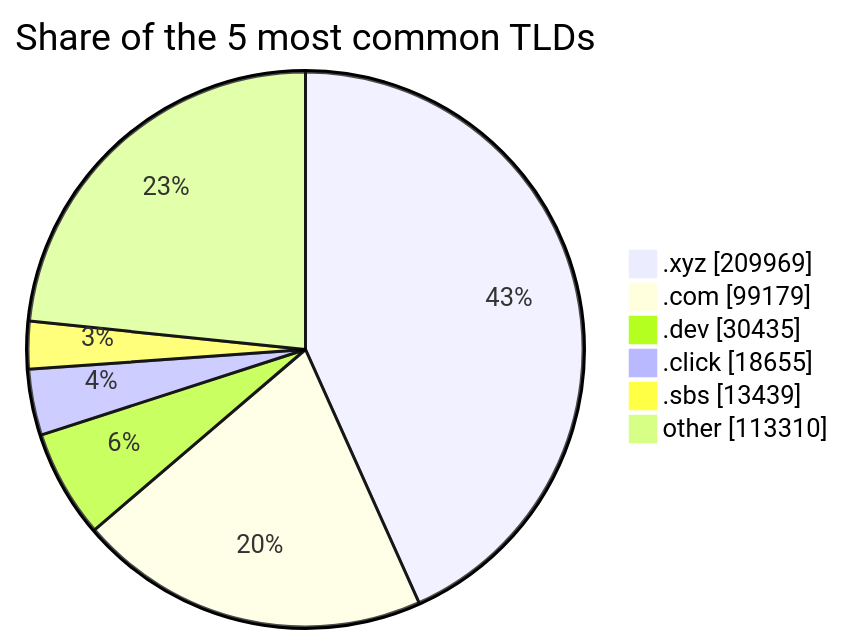
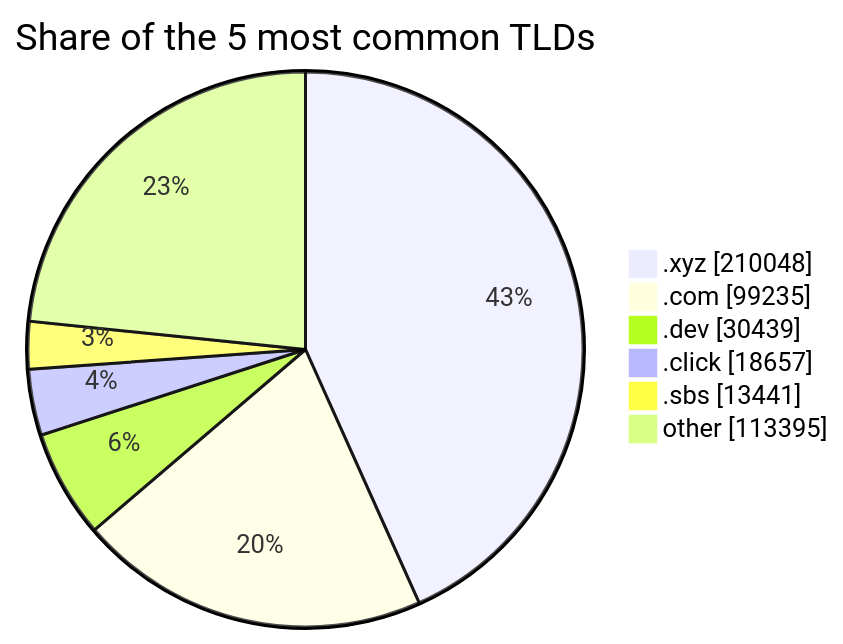
Before and after one commit to DNSBunker/CTI: the third of 3 diagrams in README.md, drawn with Mermaid. The commit also changed other lines of this file and 3 other files, not shown here.

````diff
--- a/README.md
+++ b/README.md
@@ -81,9 +81,9 @@
 ```mermaid
 pie showData title Share of the 5 most common TLDs
-    ".xyz" : 209969
-    ".com" : 99179
-    ".dev" : 30435
-    ".click" : 18655
-    ".sbs" : 13439
-    "other" : 113310
+    ".xyz" : 210048
+    ".com" : 99235
+    ".dev" : 30439
+    ".click" : 18657
+    ".sbs" : 13441
+    "other" : 113395
 ```
````
